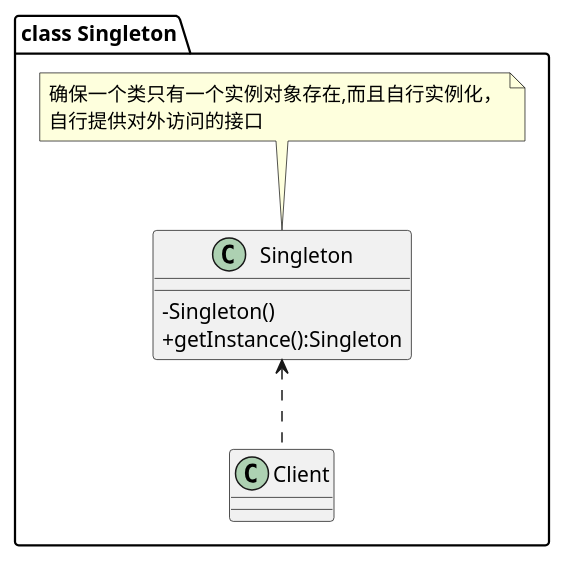
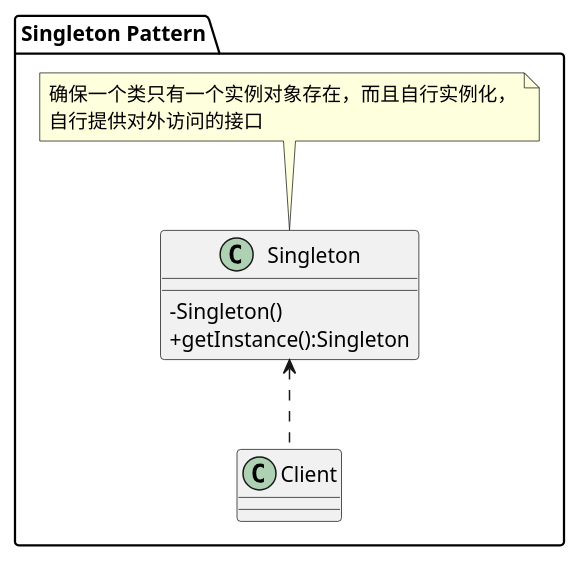
The diagram in lib_design_pattern/src/main/java/com/mxdl/desigin/pattern/create/a01_single_instance/uml/singleton.puml (mxdldev/java-design-pattern), drawn with PlantUML before and after one commit. The commit also changed 56 other files, not shown here.

```diff
--- a/lib_design_pattern/src/main/java/com/mxdl/desigin/pattern/create/a01_single_instance/uml/singleton.puml
+++ b/lib_design_pattern/src/main/java/com/mxdl/desigin/pattern/create/a01_single_instance/uml/singleton.puml
@@ -1,14 +1,14 @@
 @startuml
 skinparam classAttributeIconSize 0
 
-package "class Singleton" #FFFFFF {
+package "Singleton Pattern"{
 
     class Singleton{
     -Singleton()
     +getInstance():Singleton
     }
-    note top: 确保一个类只有一个实例对象存在,而且自行实例化，\n自行提供对外访问的接口
+    note top: 确保一个类只有一个实例对象存在，而且自行实例化，\n自行提供对外访问的接口
     Singleton <.. Client
 }
 
 @enduml
```
